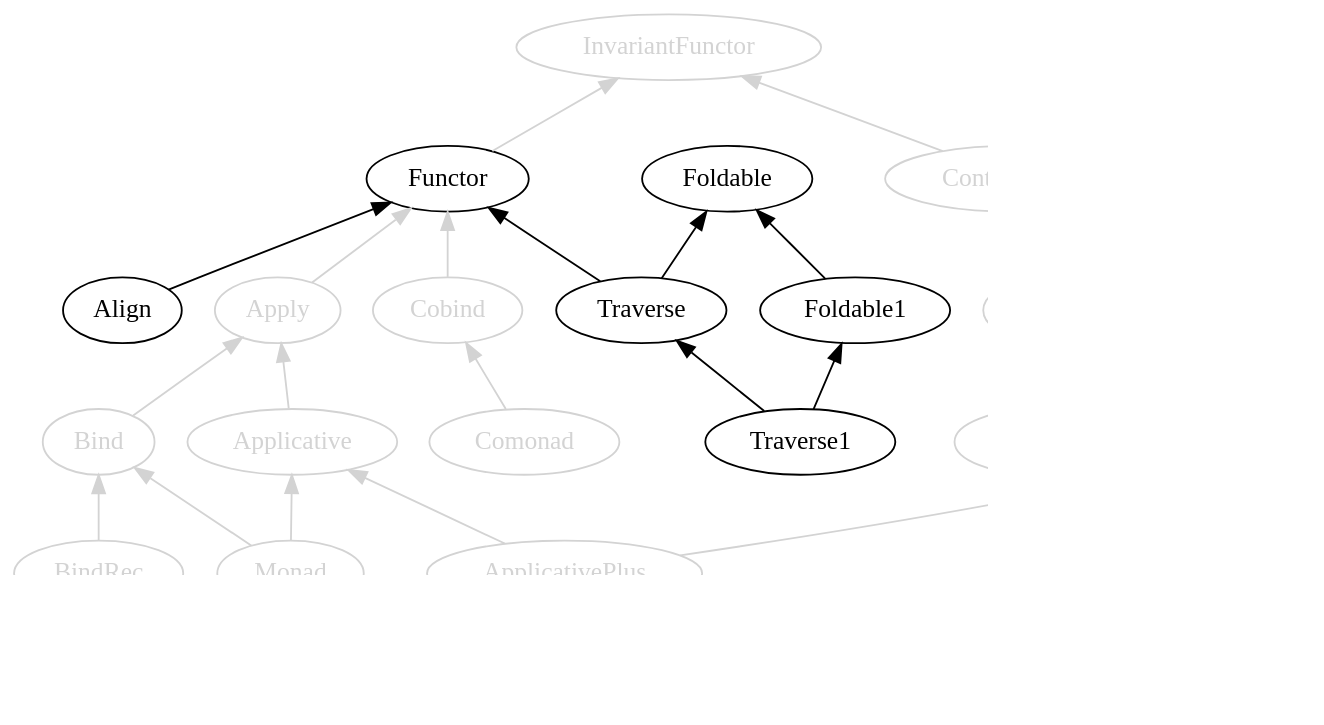
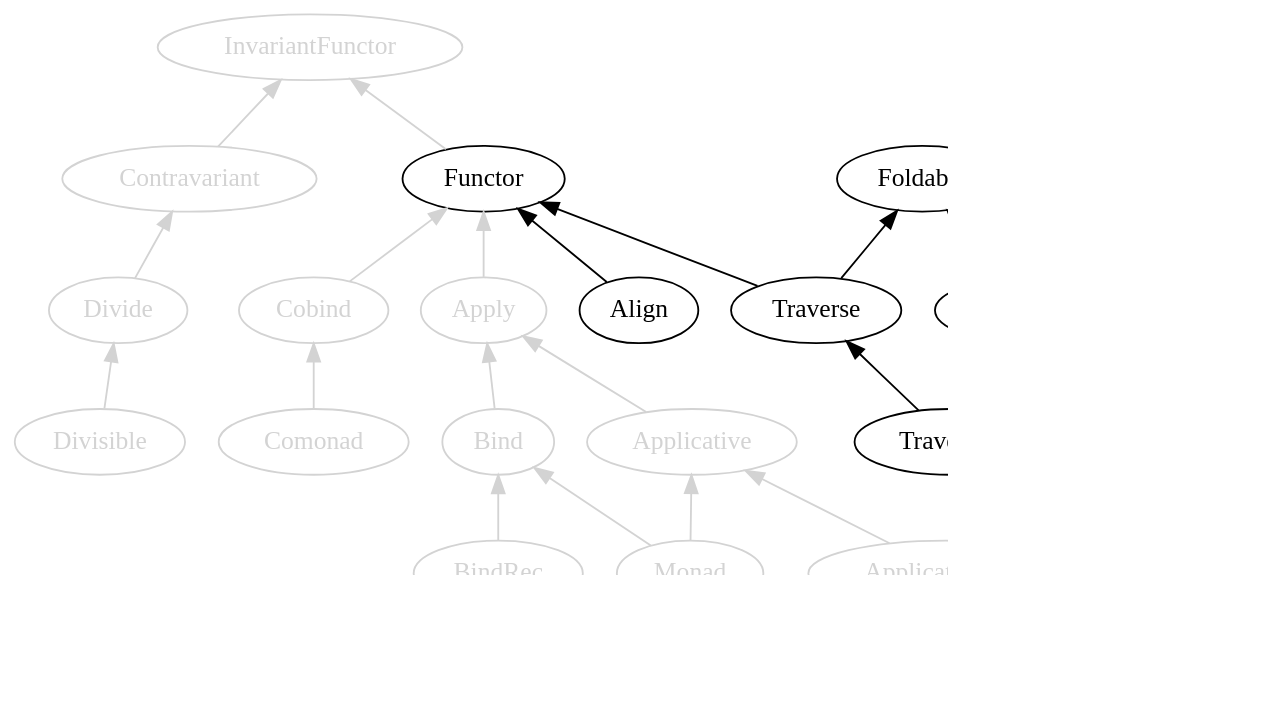
The seventh of 17 diagrams in manuscript/book.org (fommil/fpmortals), drawn with Graphviz before and after one commit. The commit also changed other lines of this file and 10 other files, not shown here.

```diff
--- a/manuscript/book.org
+++ b/manuscript/book.org
@@ -3474,68 +3500,68 @@
 #+BEGIN_SRC dot :file images/scalaz-mappable.png :exports results
 digraph G {
     graph [dpi=100, rankdir=BT];
     node [fontname=Hack];
     node [fontcolor=lightgray,color=lightgray];
     edge [color=lightgray]
 
+    Cobind;
+    Comonad;
     Bind;
-    Apply;
     BindRec;
     Contravariant;
     Functor [fontcolor=black,color=black];
     InvariantFunctor;
     Functor;
     Divide;
     Divisible;
     Apply;
+    Align [fontcolor=black,color=black];
     Applicative;
     Foldable1 [fontcolor=black,color=black];
     Foldable [fontcolor=black,color=black];
     Traverse [fontcolor=black,color=black];
     Traverse1 [fontcolor=black,color=black];
     Monad;
     "Advanced Monads" [style=dashed];
-    Cobind;
-    Comonad;
     Plus;
     PlusEmpty;
     IsEmpty;
     ApplicativePlus;
     MonadPlus;
-    Align [fontcolor=black,color=black];
+
+    Cobind -> Functor;
+    Comonad -> Cobind;
 
     Bind -> Apply;
     BindRec -> Bind;
 
     Contravariant -> InvariantFunctor;
     Functor -> InvariantFunctor;
 
     Divide -> Contravariant;
     Divisible -> Divide;
     Apply -> Functor;
     Applicative -> Apply;
 
+    Align -> Functor [color=black]; 
+
     Foldable1 -> Foldable [color=black];
     Traverse -> Functor [color=black];
     Traverse -> Foldable [color=black];
     Traverse1 -> Traverse [color=black];
     Traverse1 -> Foldable1 [color=black];
 
     Monad -> Applicative;
     "Advanced Monads" -> Monad;
     Monad -> Bind;
- 
-    Cobind -> Functor;
-    Comonad -> Cobind;
 
     PlusEmpty -> Plus;
     IsEmpty -> PlusEmpty;
 
     ApplicativePlus -> Applicative;
     ApplicativePlus -> PlusEmpty;
     MonadPlus -> ApplicativePlus;
     MonadPlus -> Monad;
 
-    Align -> Functor [color=black];
 }
 #+END_SRC
```
